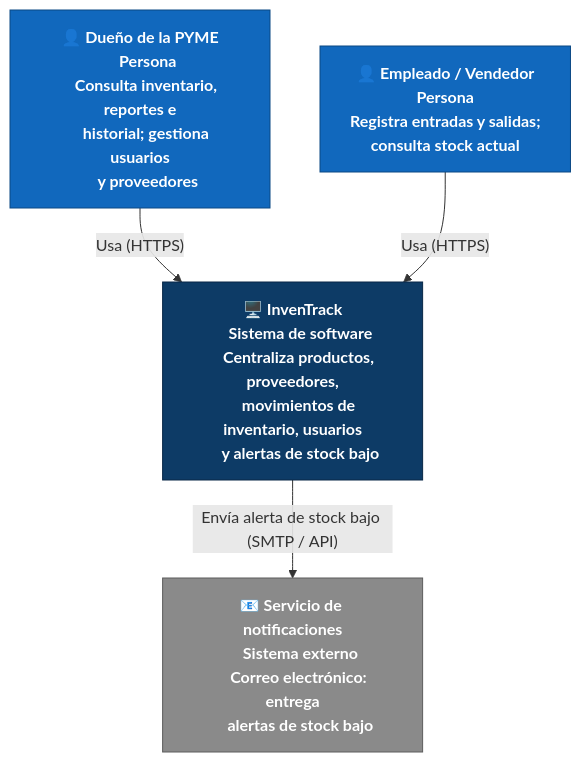
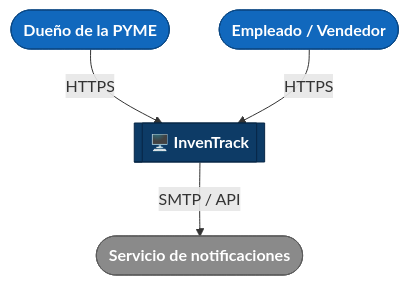
The diagram in docs/c4/context.md (ISCOUTB/AS_202620_InvenTrack), drawn with Mermaid before and after one commit. The commit also changed other lines of this file, not shown here.

Commit message:
Revise context diagram and actor descriptions
Updated the context diagram and descriptions for clarity and consistency.

````diff
--- a/docs/c4/context.md
+++ b/docs/c4/context.md
@@ -8,36 +6,19 @@
 ```mermaid
 flowchart TB
-    Dueno["👤 Dueño de la PYME
-    Persona
-    Consulta inventario, reportes e
-    historial; gestiona usuarios
-    y proveedores"]
+    Dueno(["Dueño de la PYME"])
+    Empleado(["Empleado / Vendedor"])
+    InvenTrack[["🖥️ InvenTrack"]]
+    Notif(["Servicio de notificaciones"])
 
-    Empleado["👤 Empleado / Vendedor
-    Persona
-    Registra entradas y salidas;
-    consulta stock actual"]
-
-    InvenTrack["🖥️ InvenTrack
-    Sistema de software
-    Centraliza productos, proveedores,
-    movimientos de inventario, usuarios
-    y alertas de stock bajo"]
-
-    Notif["📧 Servicio de notificaciones
-    Sistema externo
-    Correo electrónico: entrega
-    alertas de stock bajo"]
-
-    Dueno -- "Usa (HTTPS)" --> InvenTrack
-    Empleado -- "Usa (HTTPS)" --> InvenTrack
-    InvenTrack -- "Envía alerta de stock bajo (SMTP / API)" --> Notif
+    Dueno -- HTTPS --> InvenTrack
+    Empleado -- HTTPS --> InvenTrack
+    InvenTrack -- "SMTP / API" --> Notif
 
     classDef person fill:#1168bd,stroke:#0b4884,color:#ffffff,font-weight:bold
     classDef system fill:#0d3b66,stroke:#082746,color:#ffffff,font-weight:bold
     classDef external fill:#8a8a8a,stroke:#5c5c5c,color:#ffffff,font-weight:bold
 
     class Dueno,Empleado person
     class InvenTrack system
     class Notif external
 ```
````
